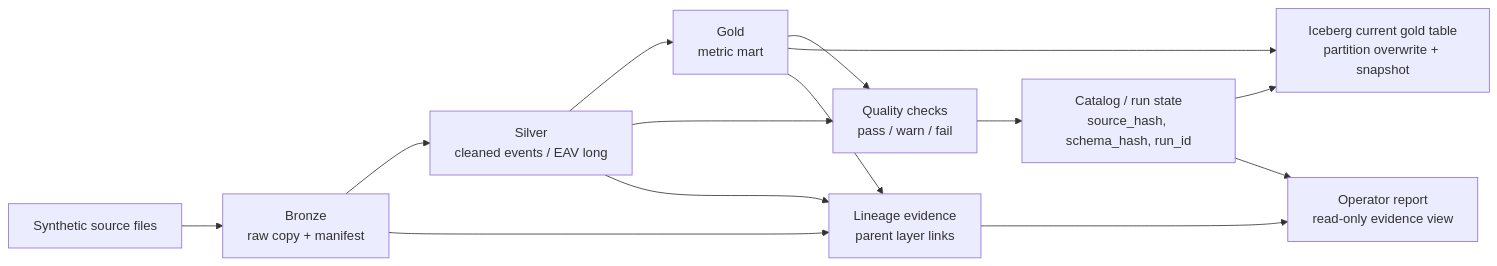
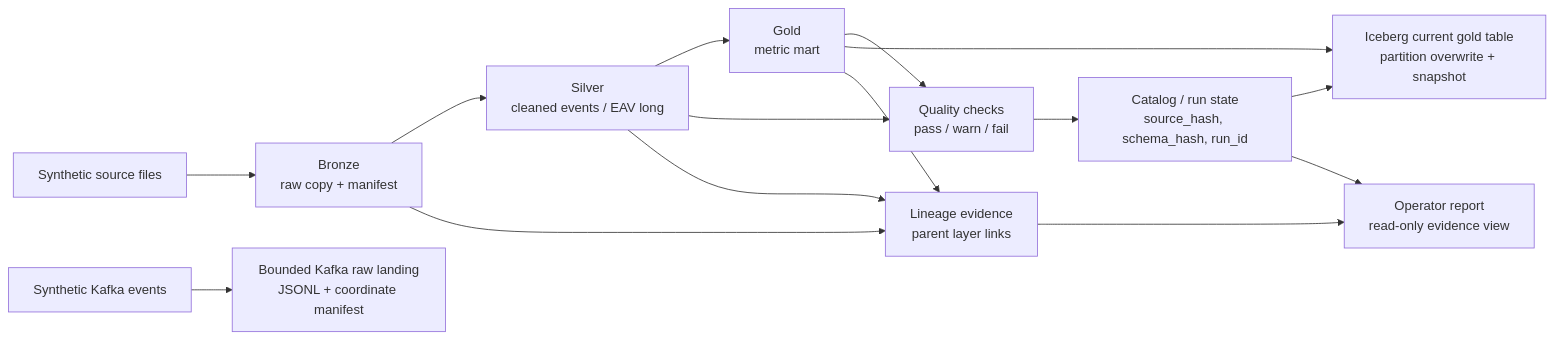
One commit to junhyun-dev/manufacturing-data-platform-mini changed the first of 2 diagrams in PROJECT_PROGRESS_MAP.ko.md. Above: the diagram before and after it, drawn with Mermaid. The commit also changed other lines of this file and 31 other files, not shown here.

Commit message:
Implement bounded Kafka raw ingestion

````diff
--- a/PROJECT_PROGRESS_MAP.ko.md
+++ b/PROJECT_PROGRESS_MAP.ko.md
@@ -31,24 +31,27 @@
 ```mermaid
 flowchart LR
   raw["Synthetic source files"]
   bronze["Bronze\nraw copy + manifest"]
   silver["Silver\ncleaned events / EAV long"]
   gold["Gold\nmetric mart"]
   quality["Quality checks\npass / warn / fail"]
   catalog["Catalog / run state\nsource_hash, schema_hash, run_id"]
   lineage["Lineage evidence\nparent layer links"]
   iceberg_current["Iceberg current gold table\npartition overwrite + snapshot"]
   report["Operator report\nread-only evidence view"]
+  kafka_source["Synthetic Kafka events"]
+  kafka_raw["Bounded Kafka raw landing\nJSONL + coordinate manifest"]
 
   raw --> bronze --> silver --> gold
   silver --> quality
   gold --> quality
   quality --> catalog
   gold --> iceberg_current
   catalog --> iceberg_current
   bronze --> lineage
   silver --> lineage
   gold --> lineage
   catalog --> report
   lineage --> report
+  kafka_source --> kafka_raw
 ```
````
